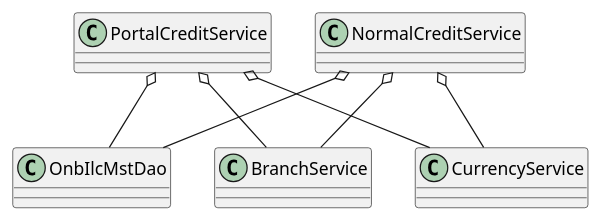
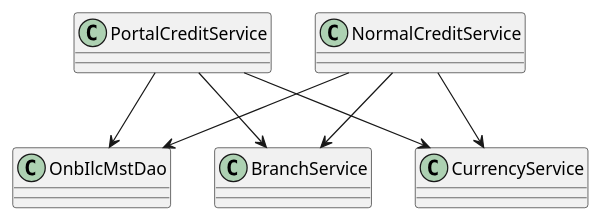
One commit to andyruohan/JavaApprentice changed the diagram in uml/sample/ddd/originThreeLayer.puml. Above: the diagram before and after it, drawn with PlantUML. The commit also changed 2 other files, not shown here.

Commit message:
optimize three and four layer uml

```diff
--- a/uml/sample/ddd/originThreeLayer.puml
+++ b/uml/sample/ddd/originThreeLayer.puml
@@ -1,25 +1,25 @@
 @startuml
 class PortalCreditService {
 }
 
 class NormalCreditService {
 }
 
 class OnbIlcMstDao {
 }
 
 class BranchService {
 }
 
 class CurrencyService {
 }
 
-PortalCreditService o-- OnbIlcMstDao
-NormalCreditService o-- OnbIlcMstDao
-PortalCreditService o-- BranchService
-NormalCreditService o-- BranchService
-PortalCreditService o-- CurrencyService
-NormalCreditService o-- CurrencyService
+PortalCreditService --> OnbIlcMstDao
+NormalCreditService --> OnbIlcMstDao
+PortalCreditService --> BranchService
+NormalCreditService --> BranchService
+PortalCreditService --> CurrencyService
+NormalCreditService --> CurrencyService
 
 
 @enduml
```
